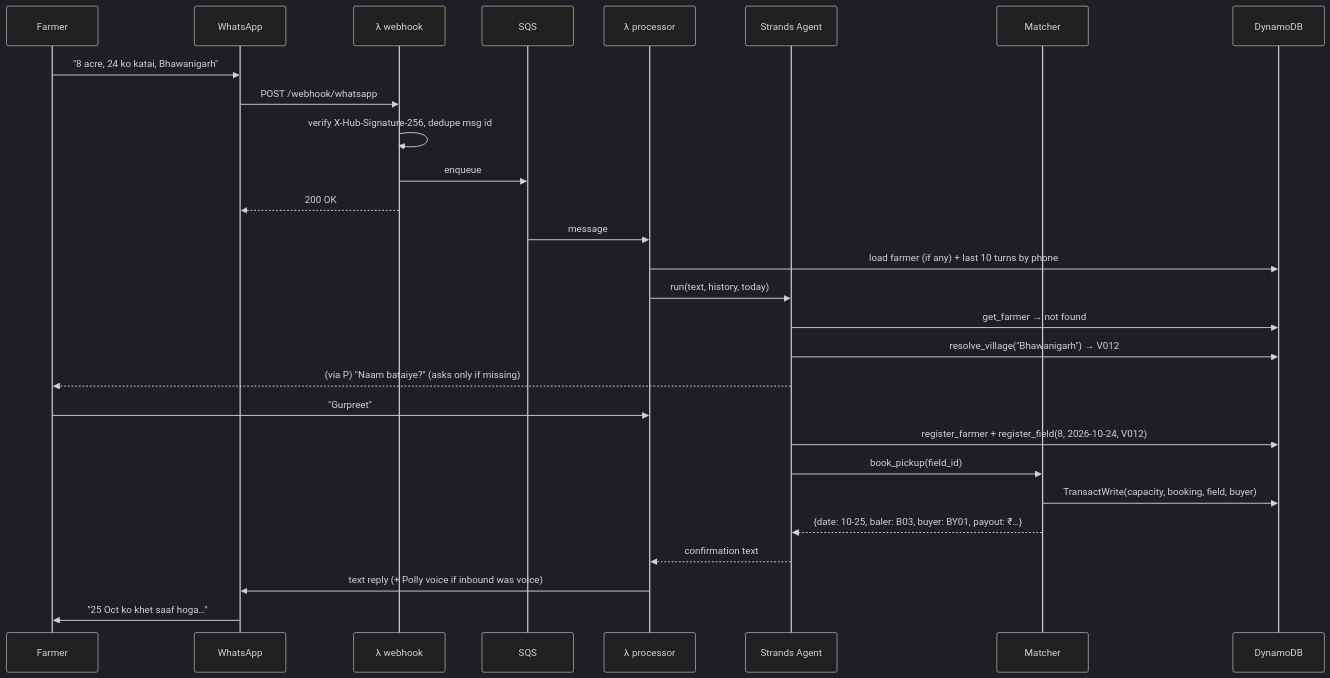
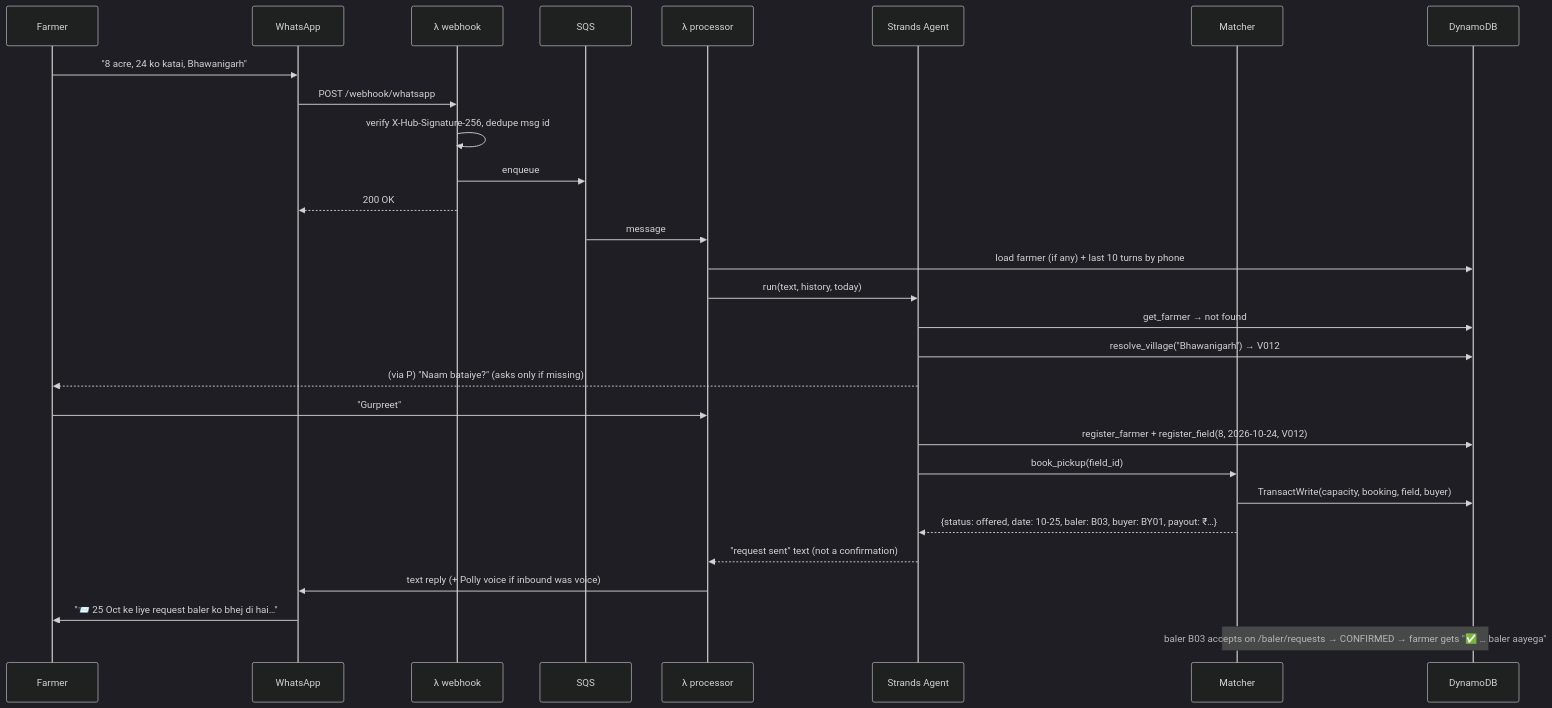
Before and after one commit to sanskarjoshiii/clearsky: the first of 2 diagrams in IMPLEMENTATION.md, drawn with Mermaid (dark theme). The commit also changed other lines of this file and 46 other files, not shown here.

````diff
--- a/IMPLEMENTATION.md
+++ b/IMPLEMENTATION.md
@@ -41,31 +42,32 @@
 ```mermaid
 sequenceDiagram
   participant F as Farmer
   participant WA as WhatsApp
   participant WH as λ webhook
   participant Q as SQS
   participant P as λ processor
   participant A as Strands Agent
   participant M as Matcher
   participant D as DynamoDB
 
   F->>WA: "8 acre, 24 ko katai, Bhawanigarh"
   WA->>WH: POST /webhook/whatsapp
   WH->>WH: verify X-Hub-Signature-256, dedupe msg id
   WH->>Q: enqueue
   WH-->>WA: 200 OK
   Q->>P: message
   P->>D: load farmer (if any) + last 10 turns by phone
   P->>A: run(text, history, today)
   A->>D: get_farmer → not found
   A->>D: resolve_village("Bhawanigarh") → V012
   A-->>F: (via P) "Naam bataiye?" (asks only if missing)
   F->>P: "Gurpreet"
   A->>D: register_farmer + register_field(8, 2026-10-24, V012)
   A->>M: book_pickup(field_id)
   M->>D: TransactWrite(capacity, booking, field, buyer)
-  M-->>A: {date: 10-25, baler: B03, buyer: BY01, payout: ₹…}
-  A-->>P: confirmation text
+  M-->>A: {status: offered, date: 10-25, baler: B03, buyer: BY01, payout: ₹…}
+  A-->>P: "request sent" text (not a confirmation)
   P->>WA: text reply (+ Polly voice if inbound was voice)
-  WA->>F: "25 Oct ko khet saaf hoga…"
+  WA->>F: "📨 25 Oct ke liye request baler ko bhej di hai…"
+  Note over M,D: baler B03 accepts on /baler/requests → CONFIRMED → farmer gets "✅ … baler aayega"
 ```
````
